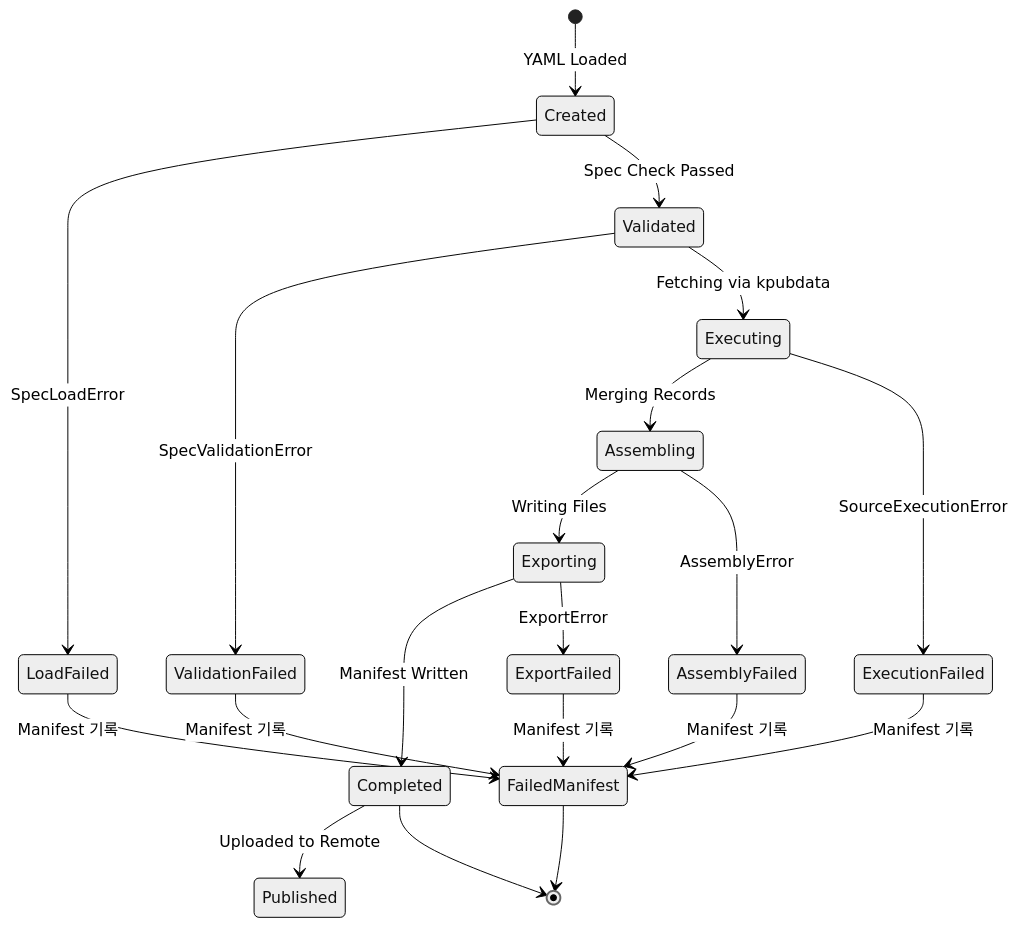
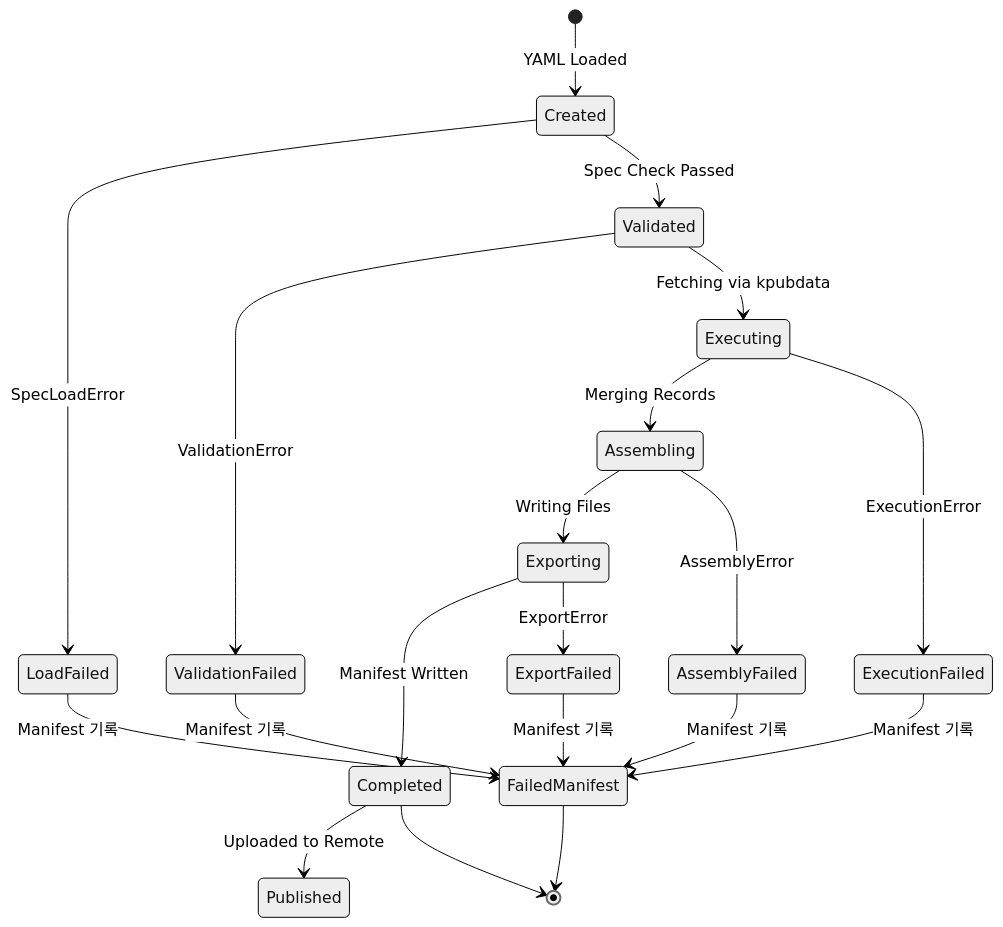
Before and after one commit to yeongseon/kpubdata-builder: the second of 3 diagrams in DOMAIN_MODEL.md, drawn with Mermaid (neutral theme). The commit also changed other lines of this file and 5 other files, not shown here.

````diff
--- a/DOMAIN_MODEL.md
+++ b/DOMAIN_MODEL.md
@@ -53,23 +71,23 @@
 ```mermaid
 stateDiagram-v2
     [*] --> Created: YAML Loaded
     Created --> LoadFailed: SpecLoadError
     Created --> Validated: Spec Check Passed
-    Validated --> ValidationFailed: SpecValidationError
+    Validated --> ValidationFailed: ValidationError
     Validated --> Executing: Fetching via kpubdata
     Executing --> Assembling: Merging Records
-    Executing --> ExecutionFailed: SourceExecutionError
+    Executing --> ExecutionFailed: ExecutionError
     Assembling --> Exporting: Writing Files
     Assembling --> AssemblyFailed: AssemblyError
     Exporting --> Completed: Manifest Written
     Exporting --> ExportFailed: ExportError
     Completed --> Published: Uploaded to Remote
     Completed --> [*]
     
     LoadFailed --> FailedManifest: Manifest 기록
     ValidationFailed --> FailedManifest: Manifest 기록
     ExecutionFailed --> FailedManifest: Manifest 기록
     AssemblyFailed --> FailedManifest: Manifest 기록
     ExportFailed --> FailedManifest: Manifest 기록
     FailedManifest --> [*]
 ```
````
